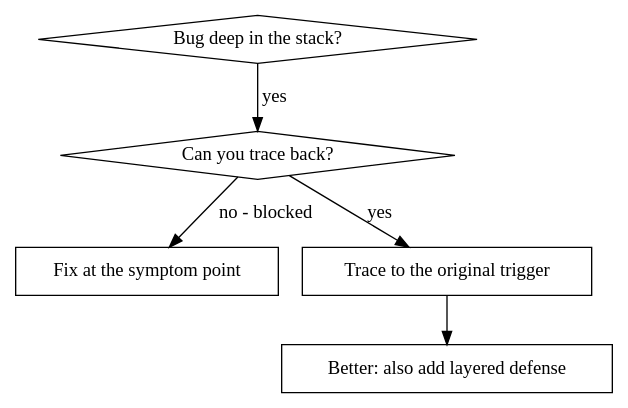
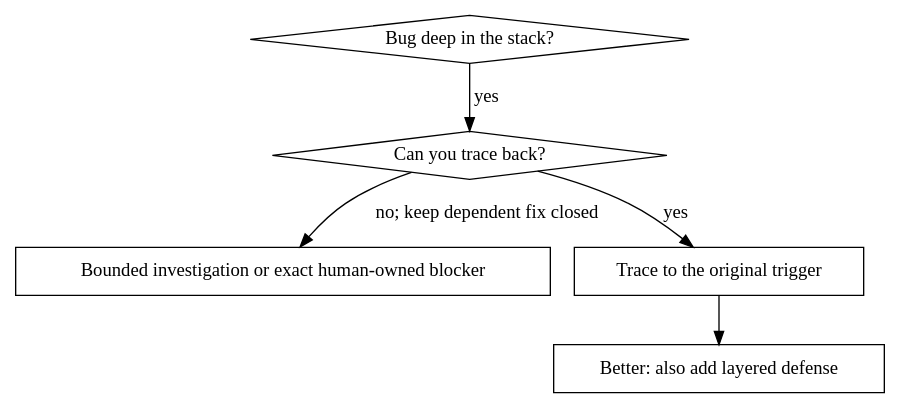
Before and after one commit to AidALL/ghost-alice: the first of 2 diagrams in coding-convention/systematic-debugging/references/root-cause-tracing.md, drawn with Graphviz. The commit also changed other lines of this file and 158 other files, not shown here.

````diff
--- a/coding-convention/systematic-debugging/references/root-cause-tracing.md
+++ b/coding-convention/systematic-debugging/references/root-cause-tracing.md
@@ -28,14 +27,14 @@
 ```dot
 digraph when_to_use {
     "Bug deep in the stack?" [shape=diamond];
     "Can you trace back?" [shape=diamond];
-    "Fix at the symptom point" [shape=box];
+    "Bounded investigation or exact human-owned blocker" [shape=box];
     "Trace to the original trigger" [shape=box];
     "Better: also add layered defense" [shape=box];
 
     "Bug deep in the stack?" -> "Can you trace back?" [label="yes"];
     "Can you trace back?" -> "Trace to the original trigger" [label="yes"];
-    "Can you trace back?" -> "Fix at the symptom point" [label="no - blocked"];
+    "Can you trace back?" -> "Bounded investigation or exact human-owned blocker" [label="no; keep dependent fix closed"];
     "Trace to the original trigger" -> "Better: also add layered defense";
 }
 ```
````
